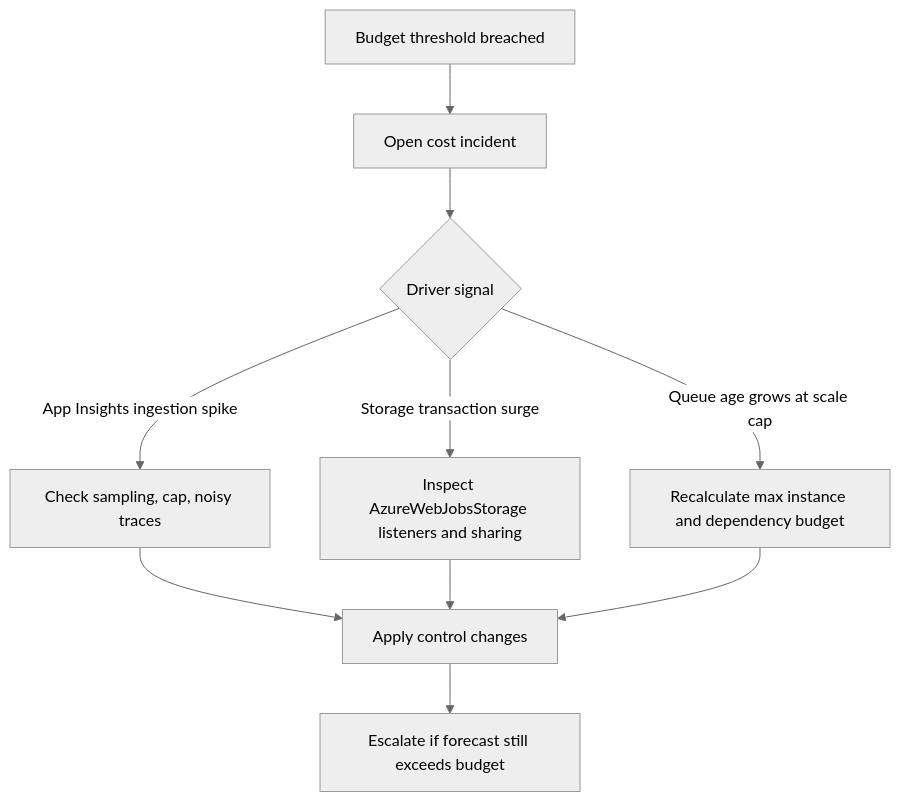
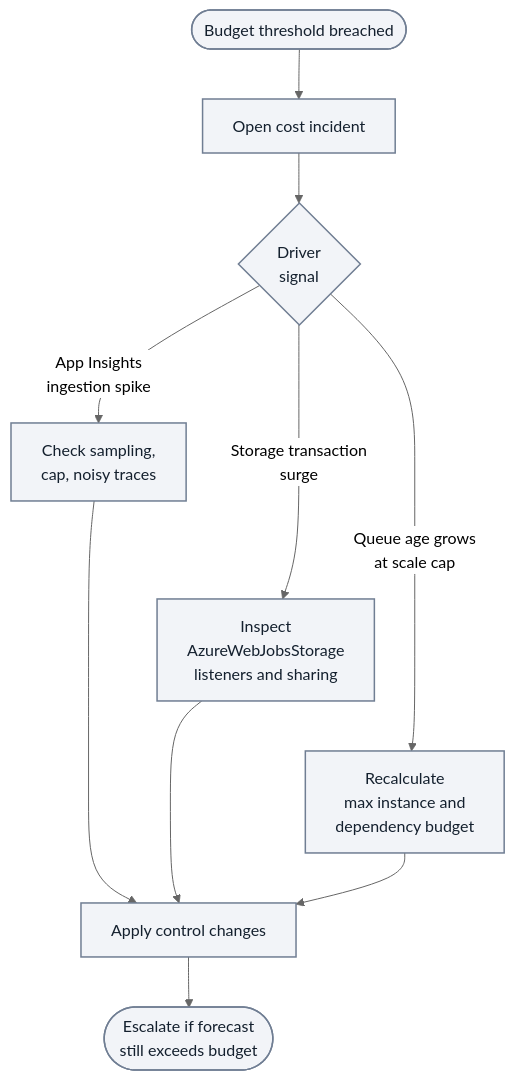
The first of 2 diagrams in docs/best-practices/cost-optimization.md (yeongseon/azure-functions-practical-guide), drawn with Mermaid (neutral theme) before and after one commit. The commit also changed other lines of this file and 1 other file, not shown here.

First line of the commit message:
docs(diagrams): migrate Functions best-practices cost-optimization.md diagrams — cost optimization (#458)

````diff
--- a/docs/best-practices/cost-optimization.md
+++ b/docs/best-practices/cost-optimization.md
@@ -254,12 +258,19 @@
 ```mermaid
 flowchart TD
-    A[Budget threshold breached] --> B[Open cost incident]
-    B --> C{Driver signal}
-    C -->|App Insights ingestion spike| D[Check sampling, cap, noisy traces]
-    C -->|Storage transaction surge| E[Inspect AzureWebJobsStorage listeners and sharing]
-    C -->|Queue age grows at scale cap| F[Recalculate max instance and dependency budget]
+    accTitle: Cost incident triage by driver signal
+    accDescr: Illustrative policy routes a budget breach through opening an incident to ingestion, storage transaction or queue-age investigations. All three paths converge on control changes and escalation if the forecast still exceeds budget.
+    A([Budget threshold breached]) --> B[Open cost incident]
+    B --> C{Driver<br/>signal}
+    C -->|App Insights<br/>ingestion spike| D[Check sampling,<br/>cap, noisy traces]
+    C -->|Storage transaction<br/>surge| E[Inspect<br/>AzureWebJobsStorage<br/>listeners and sharing]
+    C -->|Queue age grows<br/>at scale cap| F[Recalculate<br/>max instance and<br/>dependency budget]
     D --> G[Apply control changes]
     E --> G
     F --> G
-    G --> H[Escalate if forecast still exceeds budget]
+    G --> H([Escalate if forecast<br/>still exceeds budget])
+    %% Layout-only links tier the investigations; they add no steps or semantic arrows.
+    D ~~~ E
+    E ~~~ F
+    classDef neutral fill:#f2f4f8,stroke:#707e93,stroke-width:1.5px,color:#14202e;
+    class A,B,C,D,E,F,G,H neutral;
 ```
````
